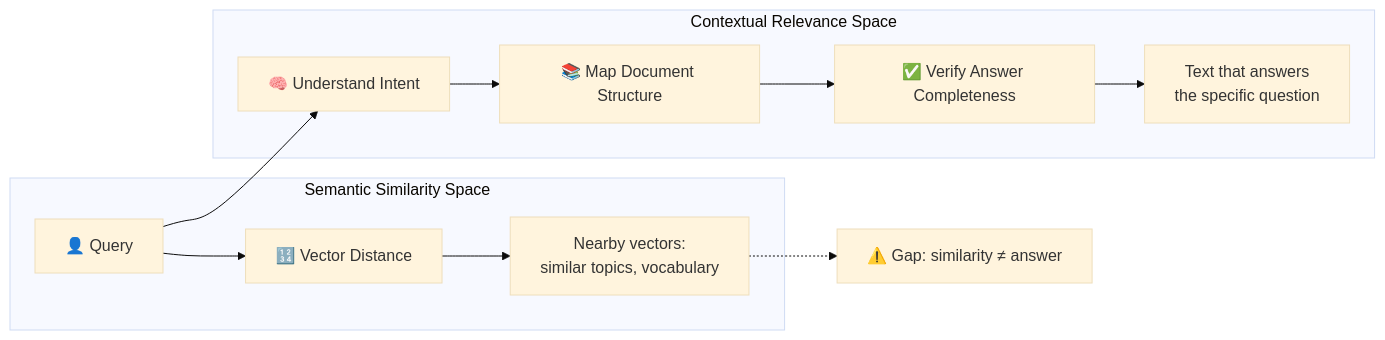
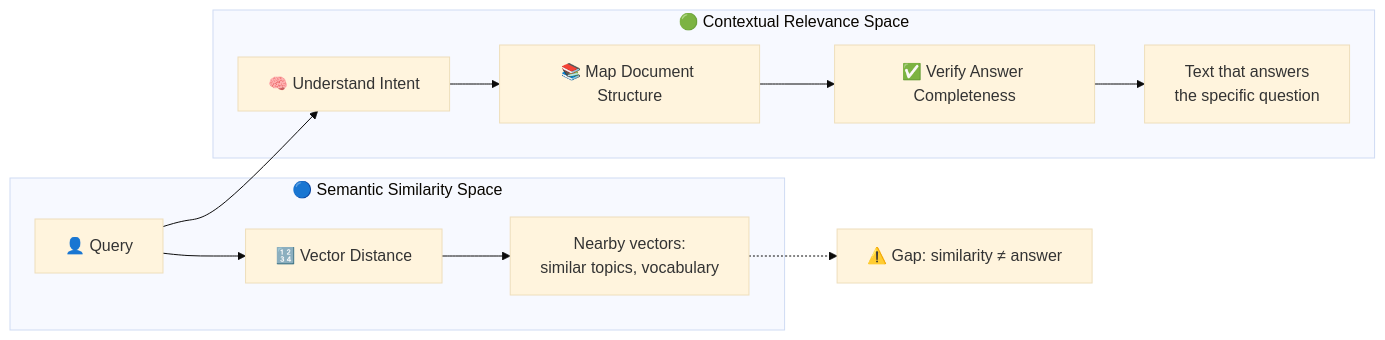
The seventh of 14 diagrams in Lecture 18 - Vectorless RAG and LLM Wiki/notes/01_limitations_vector_rag_chunking.md (Amie-dev/FDE-and-GenAI-Mastery), drawn with Mermaid (base theme) before and after one commit. The commit also changed other lines of this file and 6 other files, not shown here.

````diff
--- a/Lecture 18 - Vectorless RAG and LLM Wiki/notes/01_limitations_vector_rag_chunking.md
+++ b/Lecture 18 - Vectorless RAG and LLM Wiki/notes/01_limitations_vector_rag_chunking.md
@@ -334,16 +456,17 @@
 ```mermaid
 flowchart LR
-    subgraph "Semantic Similarity Space"
-        Q["👤 Query"] --> SIM["🔢 Vector Distance"]
-        SIM --> CLUSTER["Nearby vectors:<br/>similar topics, vocabulary"]
+
+    subgraph SIM["🔵 Semantic Similarity Space"]
+        Q["👤 Query"] --> DIST["🔢 Vector Distance"]
+        DIST --> CLUSTER["Nearby vectors:<br/>similar topics, vocabulary"]
     end
 
-    subgraph "Contextual Relevance Space"
+    subgraph REL["🟢 Contextual Relevance Space"]
         Q --> INTENT["🧠 Understand Intent"]
         INTENT --> STRUCT["📚 Map Document Structure"]
         STRUCT --> VERIFY["✅ Verify Answer Completeness"]
-        VERIFY --> RELEVANT["Text that answers<br/>the specific question"]
+        VERIFY --> ANSWER["Text that answers<br/>the specific question"]
     end
 
     CLUSTER -.-> GAP["⚠️ Gap: similarity ≠ answer"]
 ```
````
